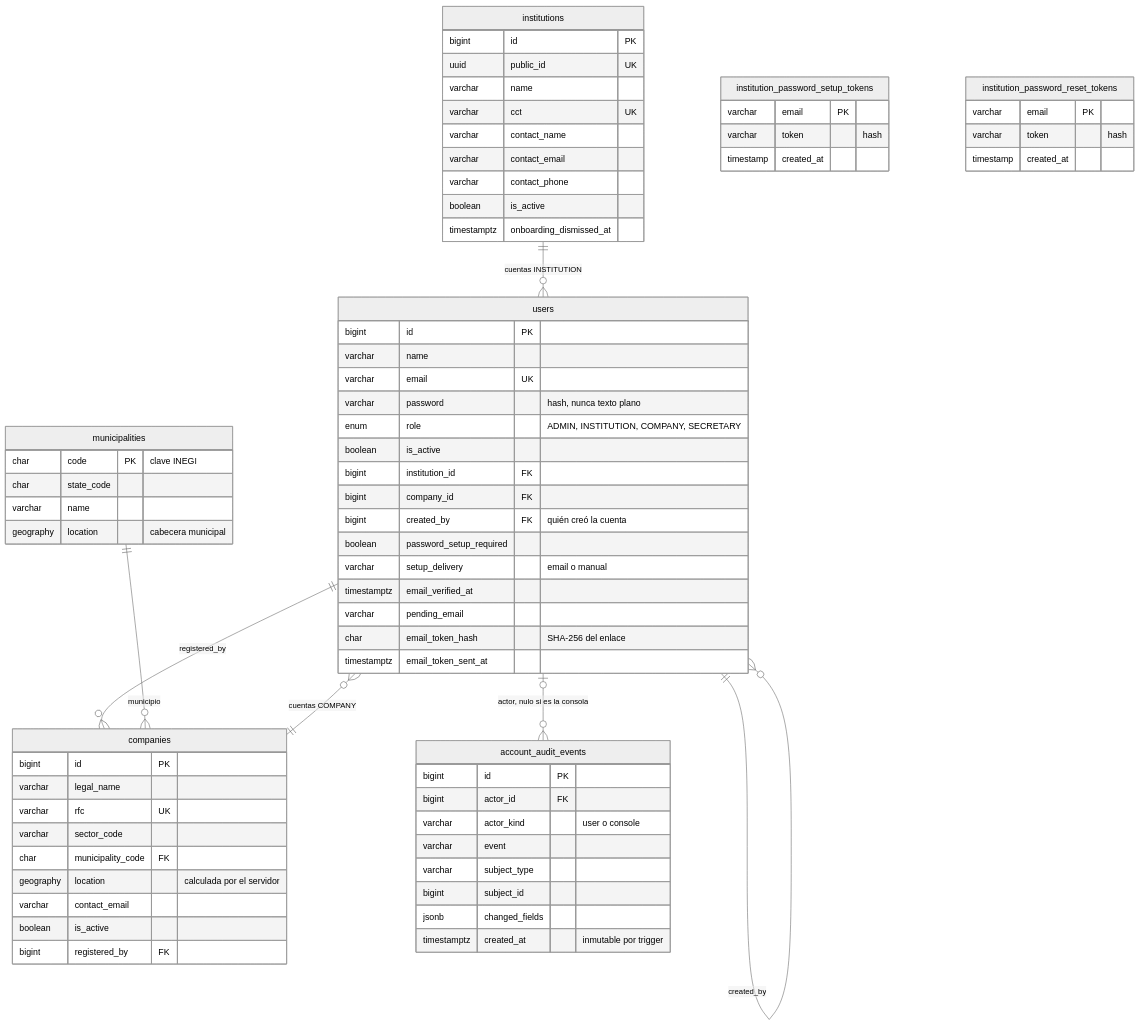
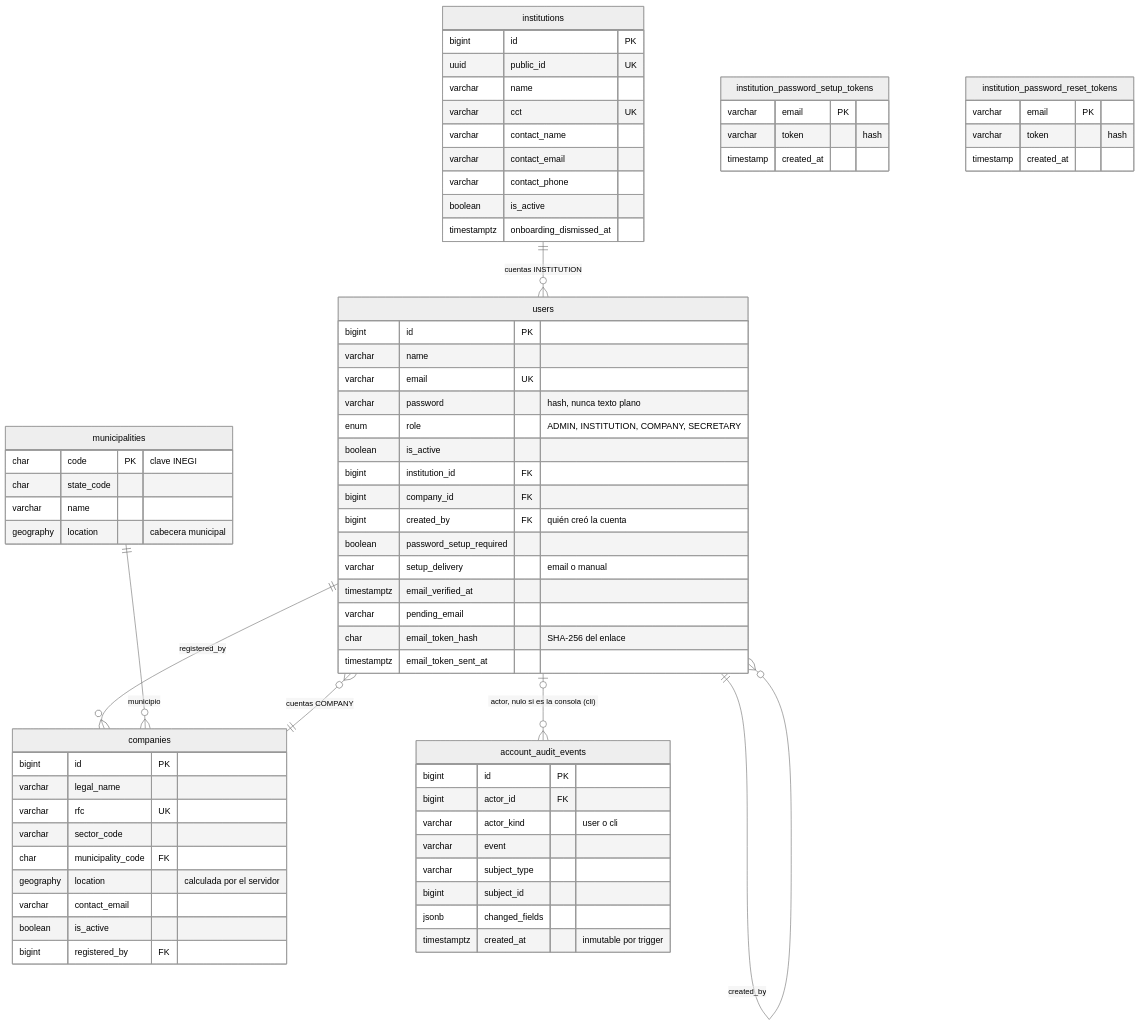
Before and after one commit to gener306-coder/banco-talentos: the first of 4 diagrams in docs/tecnica/03-datos/01-modelo-de-datos.md, drawn with Mermaid (neutral theme). The commit also changed other lines of this file and 8 other files, not shown here.

````diff
--- a/docs/tecnica/03-datos/01-modelo-de-datos.md
+++ b/docs/tecnica/03-datos/01-modelo-de-datos.md
@@ -13,76 +72,76 @@
 ```mermaid
 %% D05a: Modelo de datos, cuentas y organizaciones
 erDiagram
     institutions ||--o{ users : "cuentas INSTITUTION"
     companies ||--o{ users : "cuentas COMPANY"
     users ||--o{ users : "created_by"
     users ||--o{ companies : "registered_by"
     municipalities ||--o{ companies : "municipio"
-    users |o--o{ account_audit_events : "actor, nulo si es la consola"
+    users |o--o{ account_audit_events : "actor, nulo si es la consola (cli)"
 
     users {
         bigint id PK
         varchar name
         varchar email UK
         varchar password "hash, nunca texto plano"
         enum role "ADMIN, INSTITUTION, COMPANY, SECRETARY"
         boolean is_active
         bigint institution_id FK
         bigint company_id FK
         bigint created_by FK "quién creó la cuenta"
         boolean password_setup_required
         varchar setup_delivery "email o manual"
         timestamptz email_verified_at
         varchar pending_email
         char email_token_hash "SHA-256 del enlace"
         timestamptz email_token_sent_at
     }
     institutions {
         bigint id PK
         uuid public_id UK
         varchar name
         varchar cct UK
         varchar contact_name
         varchar contact_email
         varchar contact_phone
         boolean is_active
         timestamptz onboarding_dismissed_at
     }
     companies {
         bigint id PK
         varchar legal_name
         varchar rfc UK
         varchar sector_code
         char municipality_code FK
         geography location "calculada por el servidor"
         varchar contact_email
         boolean is_active
         bigint registered_by FK
     }
     municipalities {
         char code PK "clave INEGI"
         char state_code
         varchar name
         geography location "cabecera municipal"
     }
     account_audit_events {
         bigint id PK
         bigint actor_id FK
-        varchar actor_kind "user o console"
+        varchar actor_kind "user o cli"
         varchar event
         varchar subject_type
         bigint subject_id
         jsonb changed_fields
         timestamptz created_at "inmutable por trigger"
     }
     institution_password_setup_tokens {
         varchar email PK
         varchar token "hash"
         timestamp created_at
     }
     institution_password_reset_tokens {
         varchar email PK
         varchar token "hash"
         timestamp created_at
     }
 ```
````
